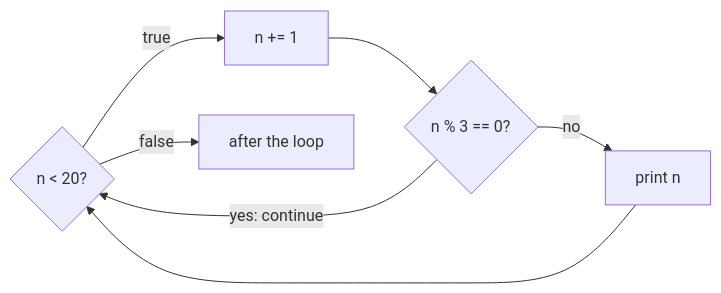
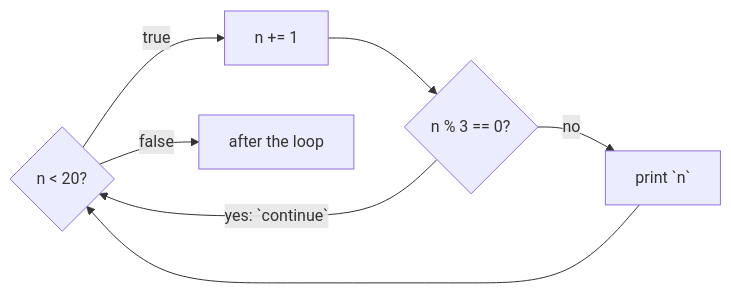
Before and after one commit to rux-lang/Web: the diagram in content/docs/1.learn/03.control-flow/08.continue.md, drawn with Mermaid. The commit also changed 49 other files, not shown here.

````diff
--- a/content/docs/1.learn/03.control-flow/08.continue.md
+++ b/content/docs/1.learn/03.control-flow/08.continue.md
@@ -51,9 +51,9 @@
 ```mermaid
 flowchart LR
-    test{"n < 20?"} -- "true" --> step["n += 1"]
-    step --> skip{"n % 3 == 0?"}
-    skip -- "yes: continue" --> test
-    skip -- "no" --> work["print n"]
+    test{"`n < 20?`"} -- "`true`" --> step["`n += 1`"]
+    step --> skip{"`n % 3 == 0?`"}
+    skip -- "yes: `continue`" --> test
+    skip -- "no" --> work["print `n`"]
     work --> test
-    test -- "false" --> after["after the loop"]
+    test -- "`false`" --> after["after the loop"]
 ```
````
